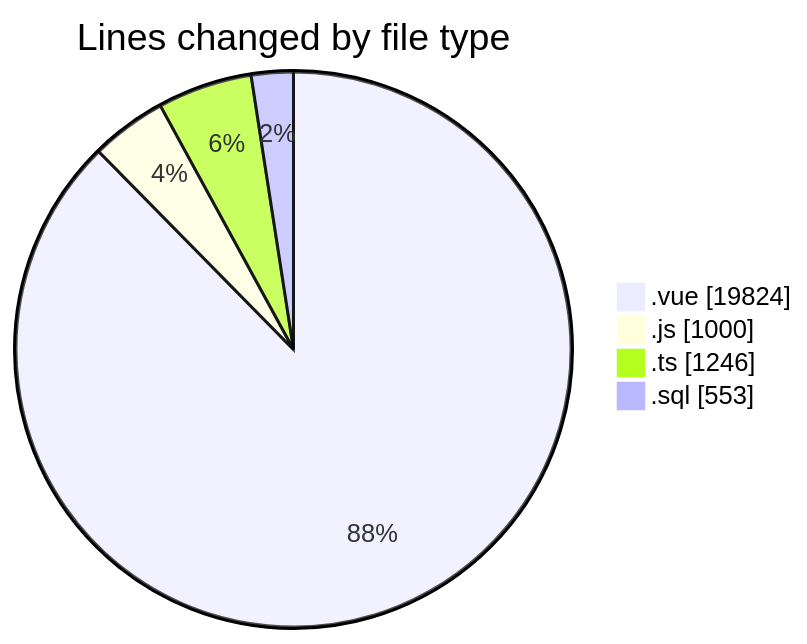
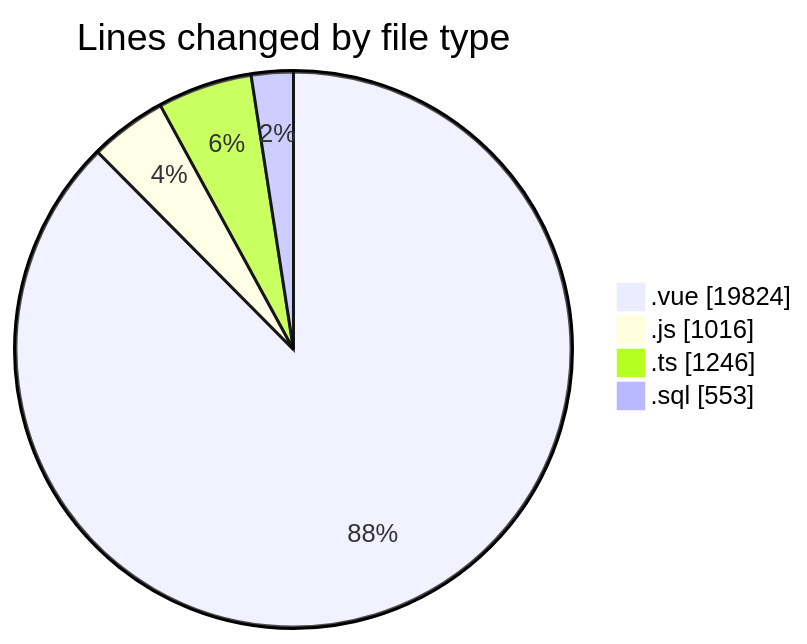
The first of 2 diagrams in 2025-08-13/rentotp/README.md (lephambinh05/code-tracking), drawn with Mermaid before and after one commit. The commit also changed other lines of this file and 1 other file, not shown here.

````diff
--- a/2025-08-13/rentotp/README.md
+++ b/2025-08-13/rentotp/README.md
@@ -48,8 +48,8 @@
 ```mermaid
 pie showData
 title Lines changed by file type
 ".vue" : 19824
-".js" : 1000
+".js" : 1016
 ".ts" : 1246
 ".sql" : 553
 ```
````
